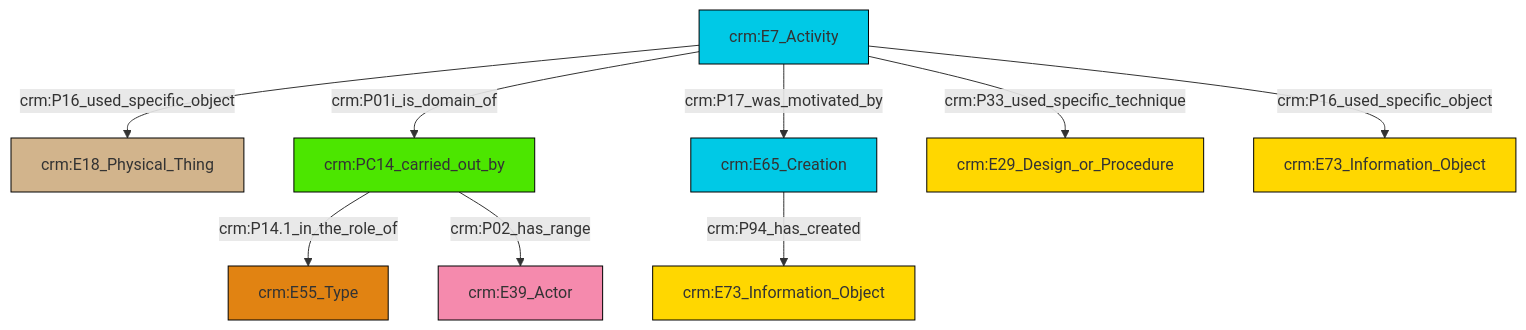
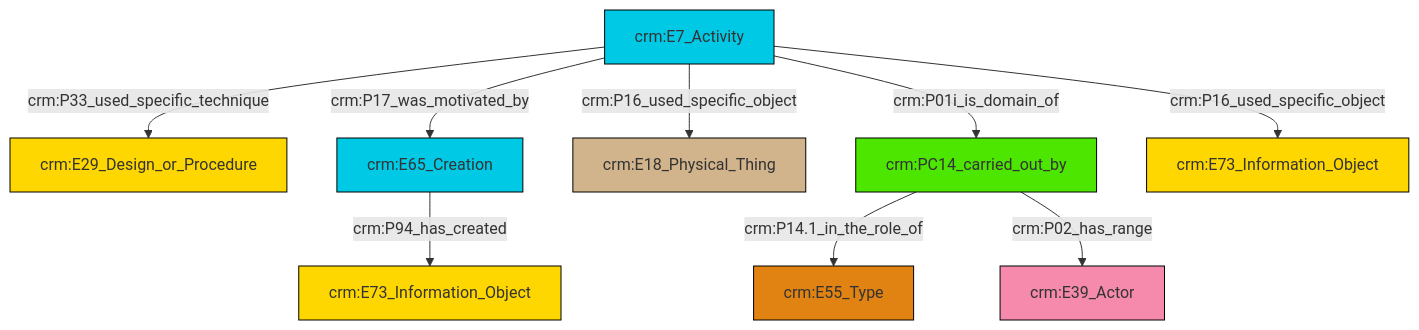
One commit to swiss-art-research-net/reference-data-models changed the diagram in et/eventCSV/ttl/mmd/event_participation.ttl.mmd. Above: the diagram before and after it, drawn with Mermaid. The commit also changed 128 other files, not shown here.

```diff
--- a/et/eventCSV/ttl/mmd/event_participation.ttl.mmd
+++ b/et/eventCSV/ttl/mmd/event_participation.ttl.mmd
@@ -1,23 +1,23 @@
 graph TD
 classDef Literal fill:#f2f2f2,stroke:#000000;
 classDef CRM_Entity fill:#FFFFFF,stroke:#000000;
 classDef Temporal_Entity fill:#00C9E6, stroke:#000000;
 classDef Type fill:#E18312, stroke:#000000;
 classDef Time-Span fill:#2C9C91, stroke:#000000;
 classDef Appellation fill:#FFEB7F, stroke:#000000;
 classDef Place fill:#008836, stroke:#000000;
 classDef Persistent_Item fill:#B266B2, stroke:#000000;
 classDef Conceptual_Object fill:#FFD700, stroke:#000000;
 classDef Physical_Thing fill:#D2B48C, stroke:#000000;
 classDef Actor fill:#f58aad, stroke:#000000;
 classDef PC_Classes fill:#4ce600, stroke:#000000;
 classDef Multi fill:#cccccc,stroke:#000000;
 
-0["crm:E7_Activity"]:::Temporal_Entity -->|crm:P16_used_specific_object| 1["crm:E18_Physical_Thing"]:::Physical_Thing
-0["crm:E7_Activity"]:::Temporal_Entity -->|crm:P01i_is_domain_of| 2["crm:PC14_carried_out_by"]:::PC_Classes
-4["crm:E65_Creation"]:::Temporal_Entity -->|crm:P94_has_created| 5["crm:E73_Information_Object"]:::Conceptual_Object
-0["crm:E7_Activity"]:::Temporal_Entity -->|crm:P33_used_specific_technique| 6["crm:E29_Design_or_Procedure"]:::Conceptual_Object
-0["crm:E7_Activity"]:::Temporal_Entity -->|crm:P17_was_motivated_by| 4["crm:E65_Creation"]:::Temporal_Entity
-2["crm:PC14_carried_out_by"]:::PC_Classes -->|crm:P14.1_in_the_role_of| 13["crm:E55_Type"]:::Type
+0["crm:E7_Activity"]:::Temporal_Entity -->|crm:P33_used_specific_technique| 1["crm:E29_Design_or_Procedure"]:::Conceptual_Object
+4["crm:PC14_carried_out_by"]:::PC_Classes -->|crm:P14.1_in_the_role_of| 5["crm:E55_Type"]:::Type
+0["crm:E7_Activity"]:::Temporal_Entity -->|crm:P16_used_specific_object| 11["crm:E18_Physical_Thing"]:::Physical_Thing
+12["crm:E65_Creation"]:::Temporal_Entity -->|crm:P94_has_created| 8["crm:E73_Information_Object"]:::Conceptual_Object
+0["crm:E7_Activity"]:::Temporal_Entity -->|crm:P17_was_motivated_by| 12["crm:E65_Creation"]:::Temporal_Entity
+4["crm:PC14_carried_out_by"]:::PC_Classes -->|crm:P02_has_range| 2["crm:E39_Actor"]:::Actor
 0["crm:E7_Activity"]:::Temporal_Entity -->|crm:P16_used_specific_object| 14["crm:E73_Information_Object"]:::Conceptual_Object
-2["crm:PC14_carried_out_by"]:::PC_Classes -->|crm:P02_has_range| 11["crm:E39_Actor"]:::Actor
+0["crm:E7_Activity"]:::Temporal_Entity -->|crm:P01i_is_domain_of| 4["crm:PC14_carried_out_by"]:::PC_Classes
```
